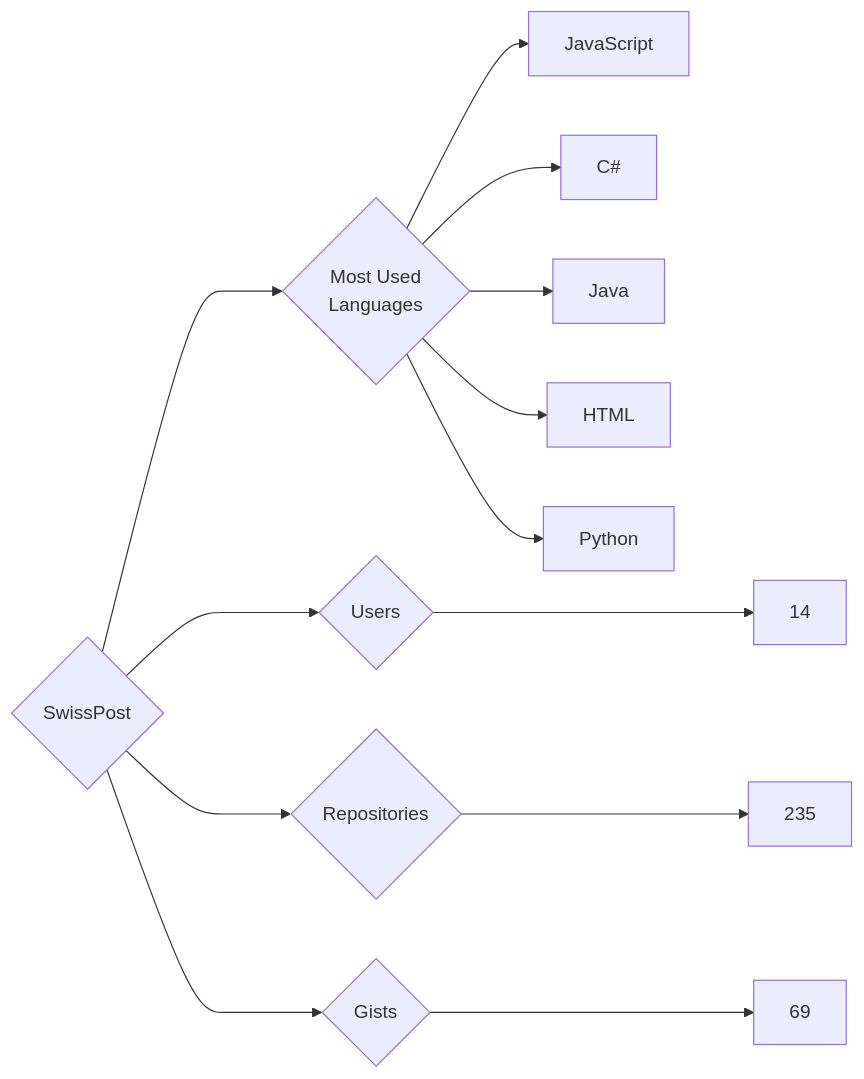
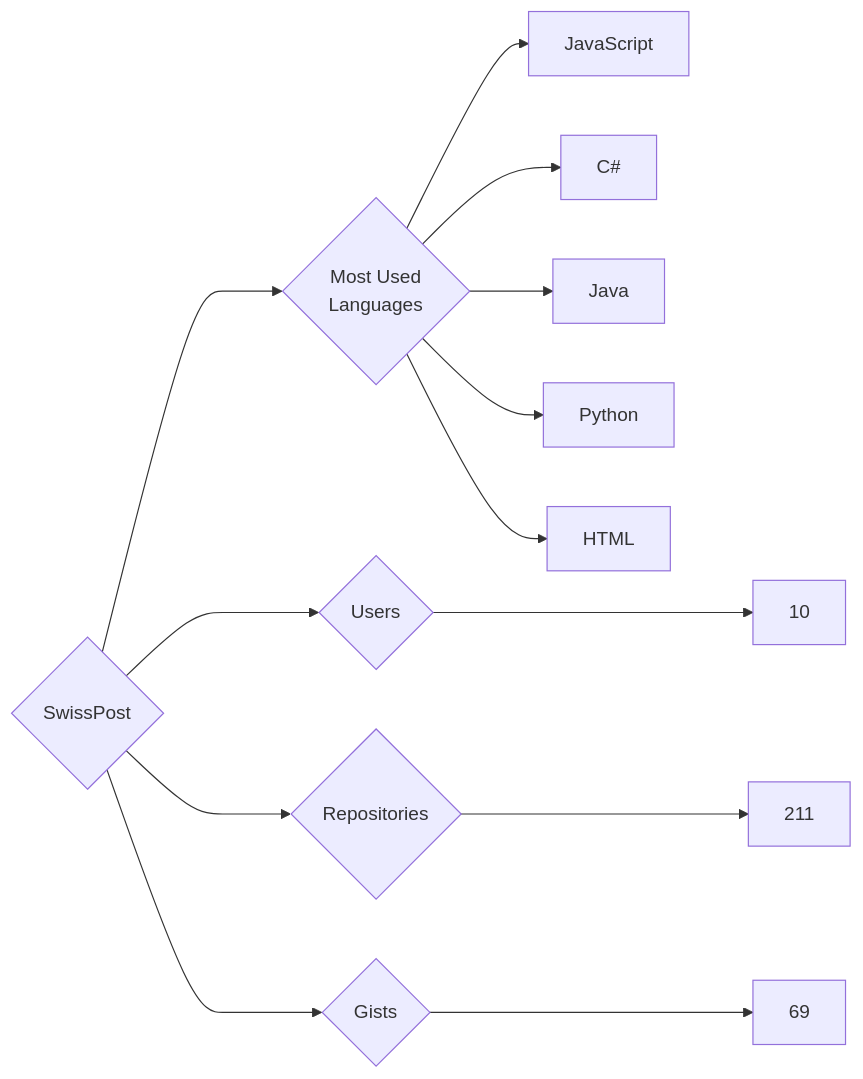
Before and after one commit to trickest/insiders: the diagram in targets/SwissPost/README.md, drawn with Mermaid. The commit also changed 1248 other files, not shown here.

````diff
--- a/targets/SwissPost/README.md
+++ b/targets/SwissPost/README.md
@@ -3,13 +3,13 @@
 ```mermaid
 graph LR
 COMPANY_NAME{SwissPost}
-COMPANY_NAME ---> U{Users} ---> UN[14]
-COMPANY_NAME ---> R{Repositories} ---> RN[235]
+COMPANY_NAME ---> U{Users} ---> UN[10]
+COMPANY_NAME ---> R{Repositories} ---> RN[211]
 COMPANY_NAME ---> G{Gists} ---> GN[69]
 COMPANY_NAME ---> ML{Most Used<br>Languages}
 ML --> JavaScript[JavaScript]
 ML --> C#[C#]
 ML --> Java[Java]
+ML --> Python[Python]
 ML --> HTML[HTML]
-ML --> Python[Python]
 ```
````
